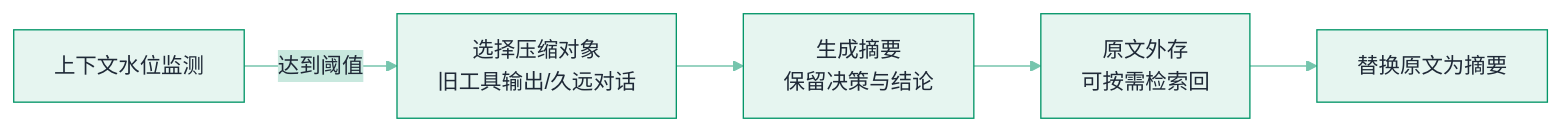
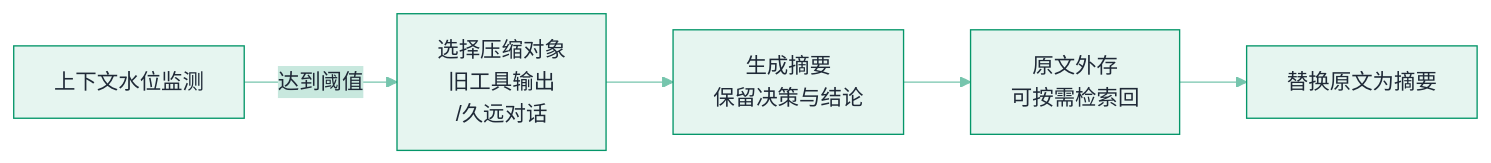
The diagram in docs/06-memory-rag/memory-compression-forgetting.md (funny8kids/ai-agent-handbook), drawn with Mermaid before and after one commit. The commit also changed 39 other files, not shown here.

First line of the commit message:
Round 15: re-measure all diagrams on GitBook's real mermaid version (11.14.0)

````diff
--- a/docs/06-memory-rag/memory-compression-forgetting.md
+++ b/docs/06-memory-rag/memory-compression-forgetting.md
@@ -70,8 +70,8 @@
 ```mermaid
 %%{init: {"theme":"base","themeVariables":{"primaryColor":"#E6F5F0","primaryBorderColor":"#059669","primaryTextColor":"#1F2937","secondaryColor":"#C8E8DE","tertiaryColor":"#F5FBF9","lineColor":"#76C5AD","actorBkg":"#EBF7F3","actorBorder":"#059669","actorTextColor":"#1F2937","signalColor":"#50B696","noteBkgColor":"#D2ECE4","noteBorderColor":"#059669","noteTextColor":"#1F2937","labelBoxBkgColor":"#E6F5F0","labelBoxBorderColor":"#059669"}}}%%
 flowchart LR
-  A[上下文水位监测] -- 达到阈值 --> B[选择压缩对象<br/>旧工具输出/久远对话]
+  A[上下文水位监测] -- 达到阈值 --> B[选择压缩对象<br/>旧工具输出<br/>/久远对话]
   B --> C[生成摘要<br/>保留决策与结论]
   C --> D[原文外存<br/>可按需检索回]
   D --> E[替换原文为摘要]
 ```
````
